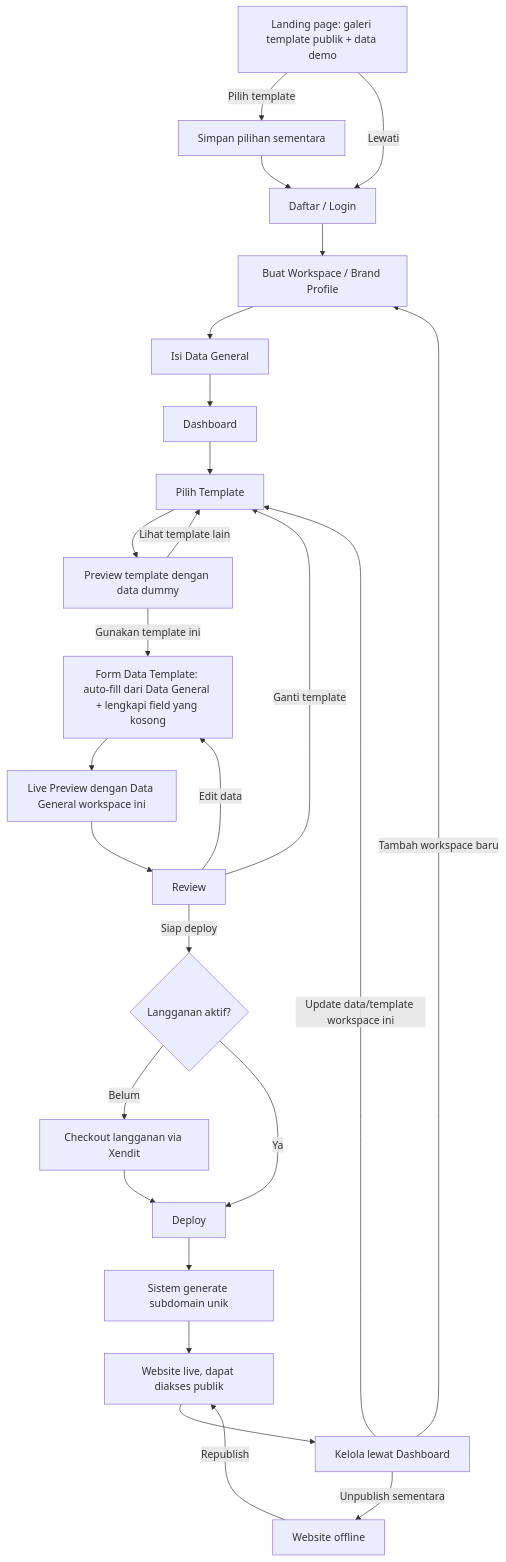
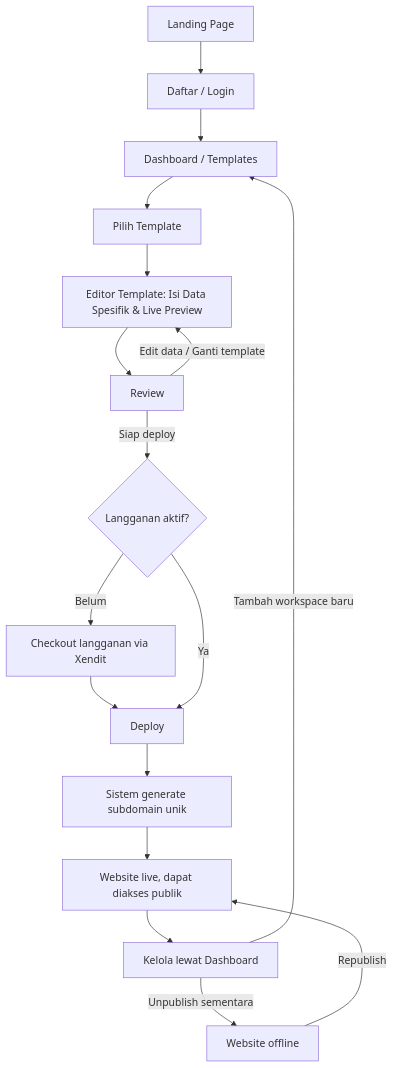
One commit to portofio-official/portofio-saas changed the diagram in PRD.md. Above: the diagram before and after it, drawn with Mermaid. The commit also changed other lines of this file and 7 other files, not shown here.

Commit message:
refactor: replace separate data and template routes with a unified Editor component in the workspace dashboard

````diff
--- a/PRD.md
+++ b/PRD.md
@@ -85,28 +87,19 @@
 ```mermaid
 flowchart TD
-    Z[Landing page: galeri template publik + data demo] -- Pilih template --> Z2[Simpan pilihan sementara]
-    Z -- Lewati --> A
-    Z2 --> A[Daftar / Login]
-    A --> W[Buat Workspace / Brand Profile]
-    W --> B[Isi Data General]
-    B --> Dash[Dashboard]
+    Z[Landing Page] --> A[Daftar / Login]
+    A --> Dash[Dashboard / Templates]
     Dash --> C[Pilih Template]
-    C --> C2[Preview template dengan data dummy]
-    C2 -- Lihat template lain --> C
-    C2 -- Gunakan template ini --> C4[Form Data Template: auto-fill dari Data General + lengkapi field yang kosong]
-    C4 --> D[Live Preview dengan Data General workspace ini]
-    D --> R[Review]
-    R -- Edit data --> C4
-    R -- Ganti template --> C
+    C --> C4[Editor Template: Isi Data Spesifik & Live Preview]
+    C4 --> R[Review]
+    R -- Edit data / Ganti template --> C4
     R -- Siap deploy --> P{Langganan aktif?}
     P -- Belum --> Q[Checkout langganan via Xendit]
     Q --> F[Deploy]
     P -- Ya --> F
     F --> G[Sistem generate subdomain unik]
     G --> H[Website live, dapat diakses publik]
     H --> I[Kelola lewat Dashboard]
-    I -- Tambah workspace baru --> W
-    I -- Update data/template workspace ini --> C
+    I -- Tambah workspace baru --> Dash
     I -- Unpublish sementara --> J[Website offline]
     J -- Republish --> H
 ```
````
